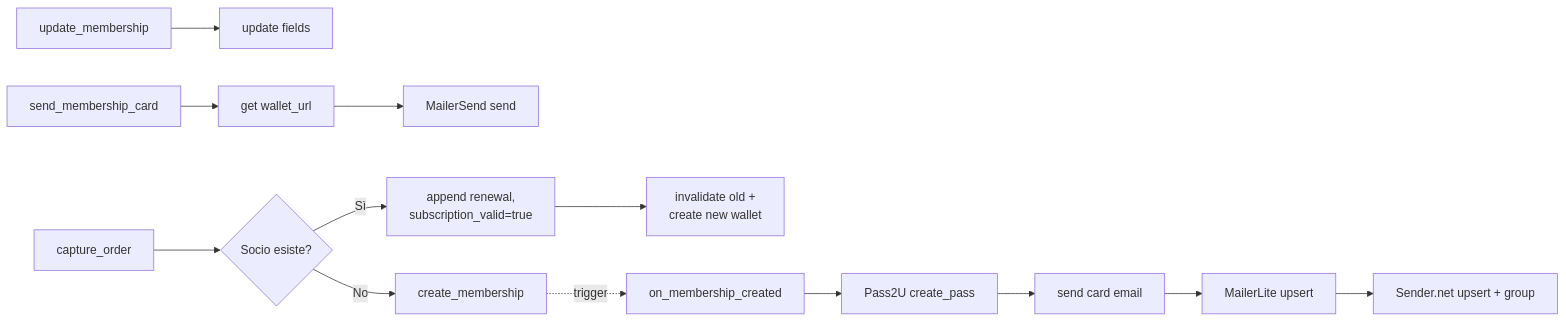
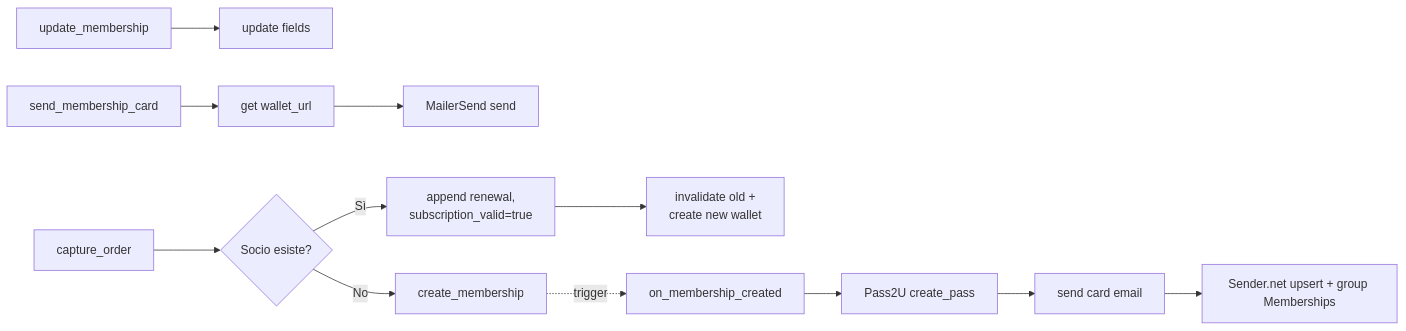
Diagram 17 of 35 in mcp-backend/BACKEND_USE_CASES.md (Vittorix99/mcp-website), drawn with Mermaid before and after one commit. The commit also changed other lines of this file and 180 other files, not shown here.

````diff
--- a/mcp-backend/BACKEND_USE_CASES.md
+++ b/mcp-backend/BACKEND_USE_CASES.md
@@ -770,18 +782,17 @@
 ```mermaid
 flowchart LR
     Create[create_membership] -.trigger.-> MC[on_membership_created]
     MC --> P2U[Pass2U create_pass]
     P2U --> Card[send card email]
-    Card --> MLSync[MailerLite upsert]
-    MLSync --> SnSync[Sender.net upsert + group]
+    Card --> SnSync[Sender.net upsert + group Memberships]
 
     Update[update_membership] --> Fields[update fields]
 
     SendCard[send_membership_card] --> FetchURL[get wallet_url]
     FetchURL --> SendMail[MailerSend send]
 
     Renewal[capture_order] --> IsMember{Socio esiste?}
     IsMember -->|Sì| AppendRenewal[append renewal,<br/>subscription_valid=true]
     IsMember -->|No| Create
     AppendRenewal --> RegenWallet[invalidate old +<br/>create new wallet]
 ```
````
